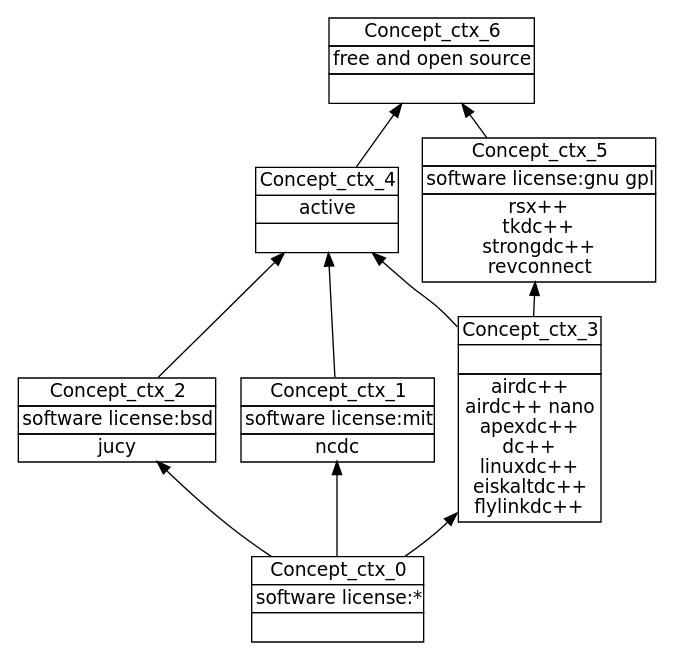
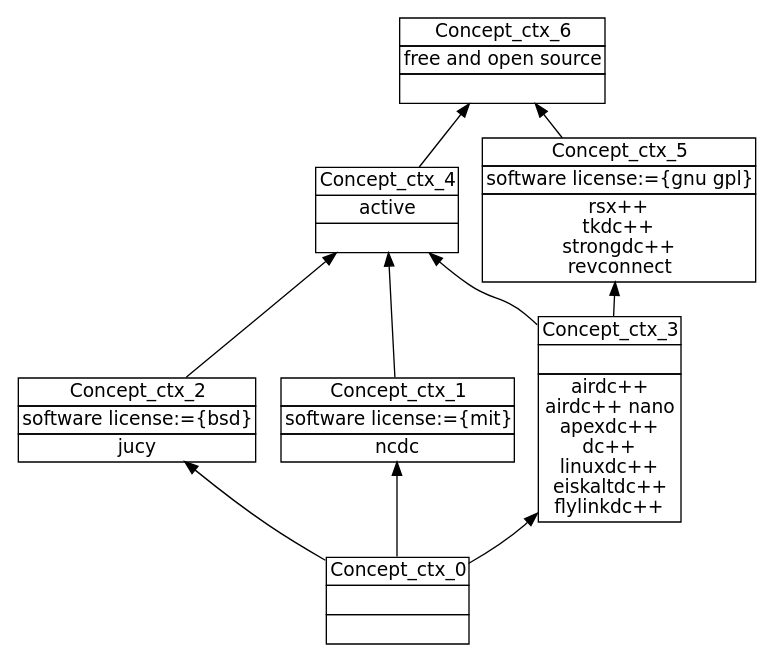
Before and after one commit to jcarbonnel/CLEF: the diagram in CLEF/data/Comparison_of_ADC_software_4/FCA/step0-0.dot, drawn with Graphviz. The commit also changed 803 other files, not shown here.

```diff
--- a/CLEF/data/Comparison_of_ADC_software_4/FCA/step0-0.dot
+++ b/CLEF/data/Comparison_of_ADC_software_4/FCA/step0-0.dot
@@ -1,24 +1,24 @@
 digraph G { 
 	rankdir=BT;
 	margin=0;
 	node [margin="0.03,0.03",fontname="DejaVu Sans"];
 	ranksep=0.3;
 	nodesep=0.2;
-//graph[label="name:ctx,concept number:7,object number:13,attribute number:6"
+//graph[label="name:ctx,concept number:7,object number:13,attribute number:5"
 0 [shape=none,label=<<table border="0" cellborder="1" cellspacing="0" port="p"><tr><td>Concept_ctx_6</td></tr><tr><td>free and open source<br/></td></tr><tr><td><br/></td></tr></table>>];
 1 [shape=none,label=<<table border="0" cellborder="1" cellspacing="0" port="p"><tr><td>Concept_ctx_4</td></tr><tr><td>active<br/></td></tr><tr><td><br/></td></tr></table>>];
-2 [shape=none,label=<<table border="0" cellborder="1" cellspacing="0" port="p"><tr><td>Concept_ctx_3</td></tr><tr><td><br/></td></tr><tr><td>airdc++<br/>airdc++ nano<br/>apexdc++<br/>dc++<br/>linuxdc++<br/>eiskaltdc++<br/>flylinkdc++<br/></td></tr></table>>];
-3 [shape=none,label=<<table border="0" cellborder="1" cellspacing="0" port="p"><tr><td>Concept_ctx_5</td></tr><tr><td>software license:gnu gpl<br/></td></tr><tr><td>rsx++<br/>tkdc++<br/>strongdc++<br/>revconnect<br/></td></tr></table>>];
-4 [shape=none,label=<<table border="0" cellborder="1" cellspacing="0" port="p"><tr><td>Concept_ctx_0</td></tr><tr><td>software license:*<br/></td></tr><tr><td><br/></td></tr></table>>];
-5 [shape=none,label=<<table border="0" cellborder="1" cellspacing="0" port="p"><tr><td>Concept_ctx_2</td></tr><tr><td>software license:bsd<br/></td></tr><tr><td>jucy<br/></td></tr></table>>];
-6 [shape=none,label=<<table border="0" cellborder="1" cellspacing="0" port="p"><tr><td>Concept_ctx_1</td></tr><tr><td>software license:mit<br/></td></tr><tr><td>ncdc<br/></td></tr></table>>];
+2 [shape=none,label=<<table border="0" cellborder="1" cellspacing="0" port="p"><tr><td>Concept_ctx_2</td></tr><tr><td>software license:={bsd}<br/></td></tr><tr><td>jucy<br/></td></tr></table>>];
+3 [shape=none,label=<<table border="0" cellborder="1" cellspacing="0" port="p"><tr><td>Concept_ctx_0</td></tr><tr><td><br/></td></tr><tr><td><br/></td></tr></table>>];
+4 [shape=none,label=<<table border="0" cellborder="1" cellspacing="0" port="p"><tr><td>Concept_ctx_3</td></tr><tr><td><br/></td></tr><tr><td>airdc++<br/>airdc++ nano<br/>apexdc++<br/>dc++<br/>linuxdc++<br/>eiskaltdc++<br/>flylinkdc++<br/></td></tr></table>>];
+5 [shape=none,label=<<table border="0" cellborder="1" cellspacing="0" port="p"><tr><td>Concept_ctx_5</td></tr><tr><td>software license:={gnu gpl}<br/></td></tr><tr><td>rsx++<br/>tkdc++<br/>strongdc++<br/>revconnect<br/></td></tr></table>>];
+6 [shape=none,label=<<table border="0" cellborder="1" cellspacing="0" port="p"><tr><td>Concept_ctx_1</td></tr><tr><td>software license:={mit}<br/></td></tr><tr><td>ncdc<br/></td></tr></table>>];
 	1:p -> 0:p
-	3:p -> 0:p
+	5:p -> 0:p
+	4:p -> 1:p
 	2:p -> 1:p
-	5:p -> 1:p
 	6:p -> 1:p
-	4:p -> 2:p
-	2:p -> 3:p
+	3:p -> 2:p
+	3:p -> 4:p
 	4:p -> 5:p
-	4:p -> 6:p
+	3:p -> 6:p
 }
```
